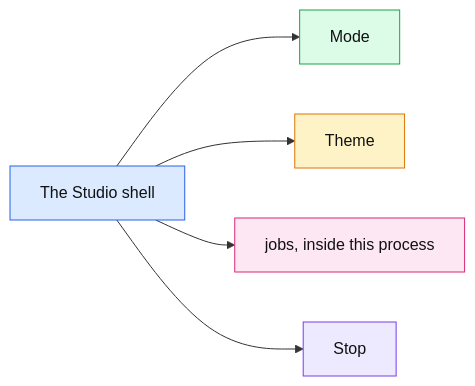
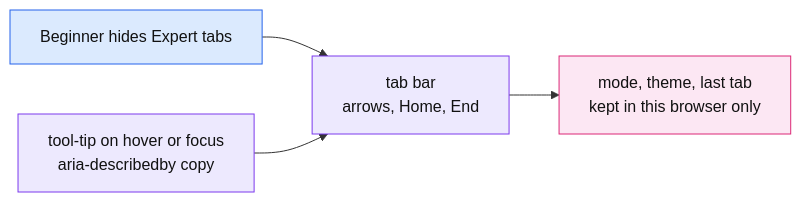
The third of 21 diagrams in docs/gui.md (thomascherickal/ferrum-gpu), drawn with Mermaid before and after one commit. The commit also changed other lines of this file and 4 other files, not shown here.

First line of the commit message:
docs: hand-drawn data-flow diagrams for the readme, architecture and GUI pages

````diff
--- a/docs/gui.md
+++ b/docs/gui.md
@@ -15,13 +49,11 @@
 ```mermaid
 flowchart LR
-    a["The Studio shell"]:::root
-    a --> n0["Mode"]:::c0
-    a --> n1["Theme"]:::c1
-    a --> n2["jobs, inside this process"]:::c2
-    a --> n3["Stop"]:::c3
-    classDef root fill:#dbeafe,stroke:#2563eb,color:#111
-    classDef c0 fill:#dcfce7,stroke:#16a34a,color:#111
-    classDef c1 fill:#fef3c7,stroke:#d97706,color:#111
-    classDef c2 fill:#fce7f3,stroke:#db2777,color:#111
-    classDef c3 fill:#ede9fe,stroke:#7c3aed,color:#111
+    tb["tab bar<br/>arrows, Home, End"]:::host --> st["mode, theme, last tab<br/>kept in this browser only"]:::io
+    md["Beginner hides Expert tabs"]:::core --> tb
+    tt["tool-tip on hover or focus<br/>aria-describedby copy"]:::host --> tb
+    classDef core fill:#dbeafe,stroke:#2563eb,color:#111
+    classDef gpu fill:#dcfce7,stroke:#16a34a,color:#111
+    classDef cpu fill:#fef3c7,stroke:#d97706,color:#111
+    classDef io fill:#fce7f3,stroke:#db2777,color:#111
+    classDef host fill:#ede9fe,stroke:#7c3aed,color:#111
 ```
````
